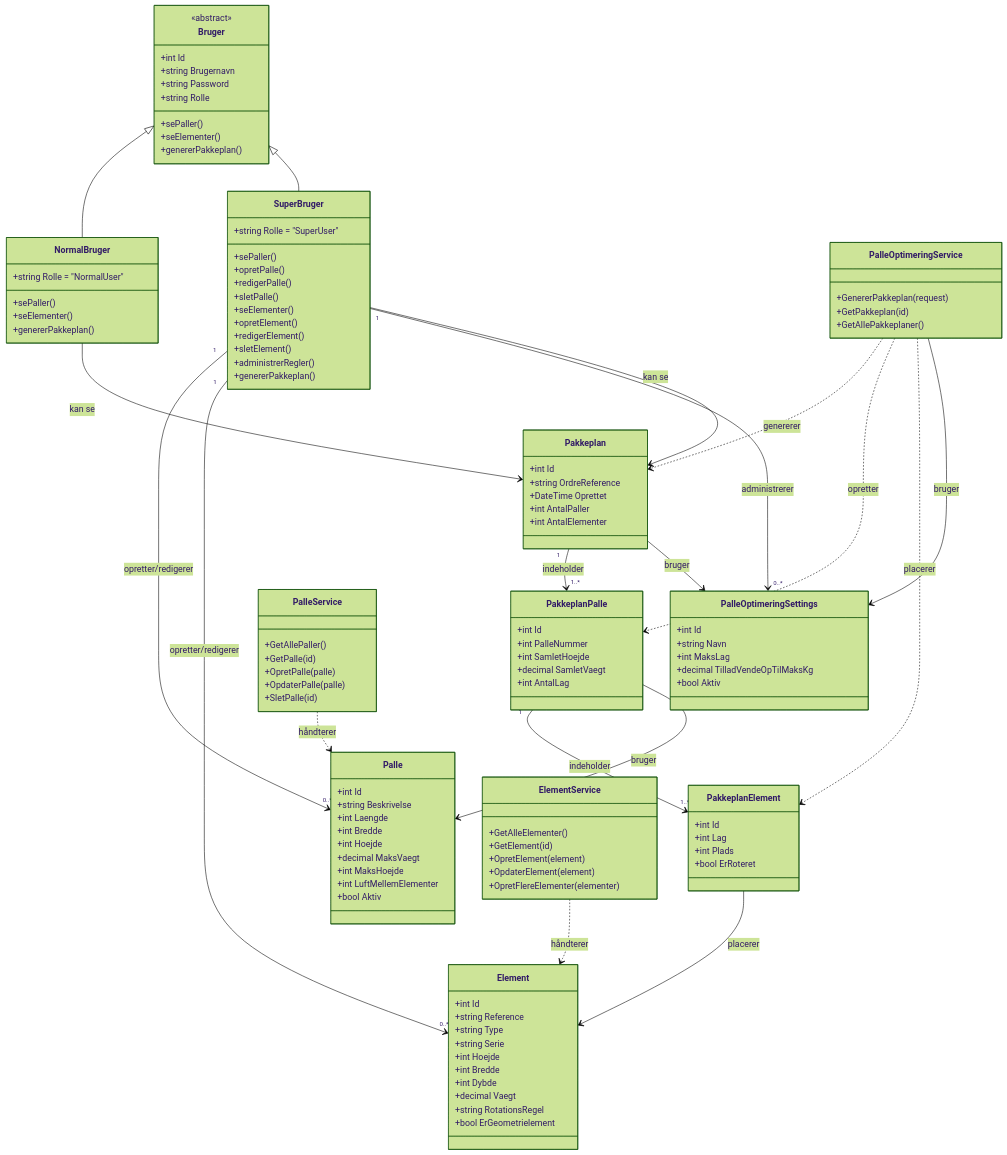
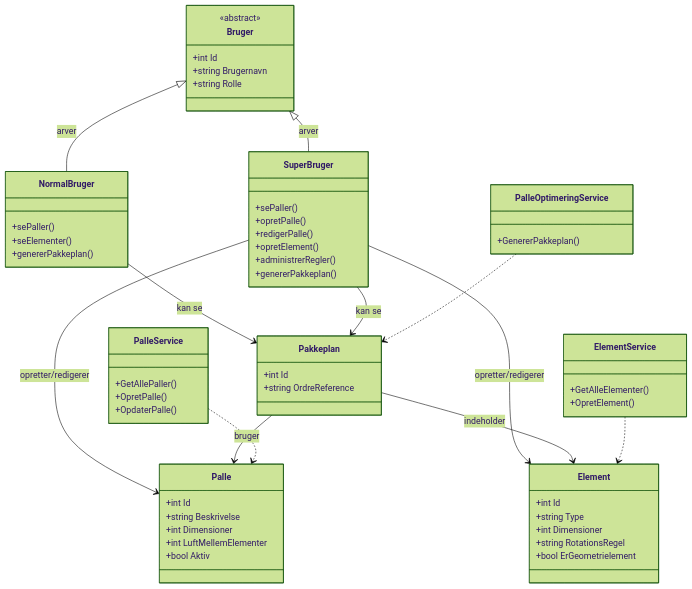
The diagram in docs/diagrams/02-klassediagram.md (Morno01/Eksamen-Acies-case), drawn with Mermaid (forest theme) before and after one commit. The commit also changed other lines of this file and 1 other file, not shown here.

Commit message:
Lav 100% korrekt sekvensdiagram og forenkl klassediagram
Sekvensdiagram:
- Fjernet konceptuel "Tilføj regler" flow
- Viser at regler integreres direkte i Palle/Element ved oprettelse
- ÉN INSERT operation for Palle inkl. LuftMellemElementer
- ÉN INSERT operation for Element inkl. RotationsRegel + ErGeometrielement
- Tilføjet ElementService flow
- Viser præcist hvordan PalleOptimeringService anvender regler fra properties
- Inkluderer kode-eksempler der viser faktisk implementation
- 100% match med hvordan systemet faktisk virker

Klassediagram:
- Drastisk forenklet - kun kernekoncepter
- Fjernet detaljerede properties
- Fokus på struktur og relationer
- Lettere at forstå hurtigt
- Stadig viser NormalBruger vs SuperBruger forskelle

Begge diagrammer er nu meget simple og passer 100% til den faktiske kode.

````diff
--- a/docs/diagrams/02-klassediagram.md
+++ b/docs/diagrams/02-klassediagram.md
@@ -9,136 +9,75 @@
         <<abstract>>
         +int Id
         +string Brugernavn
-        +string Password
         +string Rolle
-        +sePaller()
-        +seElementer()
-        +genererPakkeplan()
     }
 
     class NormalBruger {
-        +string Rolle = "NormalUser"
         +sePaller()
         +seElementer()
         +genererPakkeplan()
     }
 
     class SuperBruger {
-        +string Rolle = "SuperUser"
         +sePaller()
         +opretPalle()
         +redigerPalle()
-        +sletPalle()
-        +seElementer()
         +opretElement()
-        +redigerElement()
-        +sletElement()
         +administrerRegler()
         +genererPakkeplan()
     }
 
-    Bruger <|-- NormalBruger
-    Bruger <|-- SuperBruger
+    Bruger <|-- NormalBruger : arver
+    Bruger <|-- SuperBruger : arver
 
-    %% MODELS - Domæne klasser
+    %% MODELS
     class Palle {
         +int Id
         +string Beskrivelse
-        +int Laengde
-        +int Bredde
-        +int Hoejde
-        +decimal MaksVaegt
-        +int MaksHoejde
+        +int Dimensioner
         +int LuftMellemElementer
         +bool Aktiv
     }
 
     class Element {
         +int Id
-        +string Reference
         +string Type
-        +string Serie
-        +int Hoejde
-        +int Bredde
-        +int Dybde
-        +decimal Vaegt
+        +int Dimensioner
         +string RotationsRegel
         +bool ErGeometrielement
-    }
-
-    class PalleOptimeringSettings {
-        +int Id
-        +string Navn
-        +int MaksLag
-        +decimal TilladVendeOpTilMaksKg
-        +bool Aktiv
     }
 
     class Pakkeplan {
         +int Id
         +string OrdreReference
-        +DateTime Oprettet
-        +int AntalPaller
-        +int AntalElementer
     }
 
-    class PakkeplanPalle {
-        +int Id
-        +int PalleNummer
-        +int SamletHoejde
-        +decimal SamletVaegt
-        +int AntalLag
-    }
-
-    class PakkeplanElement {
-        +int Id
-        +int Lag
-        +int Plads
-        +bool ErRoteret
-    }
-
-    %% SERVICES - Forretningslogik
+    %% SERVICES
     class PalleService {
         +GetAllePaller()
-        +GetPalle(id)
-        +OpretPalle(palle)
-        +OpdaterPalle(palle)
-        +SletPalle(id)
+        +OpretPalle()
+        +OpdaterPalle()
     }
 
     class ElementService {
         +GetAlleElementer()
-        +GetElement(id)
-        +OpretElement(element)
-        +OpdaterElement(element)
-        +OpretFlereElementer(elementer)
+        +OpretElement()
     }
 
     class PalleOptimeringService {
-        +GenererPakkeplan(request)
-        +GetPakkeplan(id)
-        +GetAllePakkeplaner()
+        +GenererPakkeplan()
     }
 
-    %% RELATIONER mellem bruger og domæne
-    SuperBruger "1" --> "0..*" Palle : opretter/redigerer
-    SuperBruger "1" --> "0..*" Element : opretter/redigerer
-    SuperBruger "1" --> "0..*" PalleOptimeringSettings : administrerer
+    %% RELATIONER
+    SuperBruger --> Palle : opretter/redigerer
+    SuperBruger --> Element : opretter/redigerer
     NormalBruger --> Pakkeplan : kan se
     SuperBruger --> Pakkeplan : kan se
 
-    %% RELATIONER mellem modeller
-    Pakkeplan "1" --> "1..*" PakkeplanPalle : indeholder
-    PakkeplanPalle "1" --> "1..*" PakkeplanElement : indeholder
-    PakkeplanPalle --> Palle : bruger
-    PakkeplanElement --> Element : placerer
-    Pakkeplan --> PalleOptimeringSettings : bruger
+    Pakkeplan --> Palle : bruger
+    Pakkeplan --> Element : indeholder
 
-    %% SERVICES bruger modeller
-    PalleService ..> Palle : håndterer
-    ElementService ..> Element : håndterer
-    PalleOptimeringService ..> Pakkeplan : genererer
-    PalleOptimeringService ..> PakkeplanPalle : opretter
-    PalleOptimeringService ..> PakkeplanElement : placerer
-    PalleOptimeringService --> PalleOptimeringSettings : bruger
+    PalleService ..> Palle
+    ElementService ..> Element
+    PalleOptimeringService ..> Pakkeplan
 ```
````
